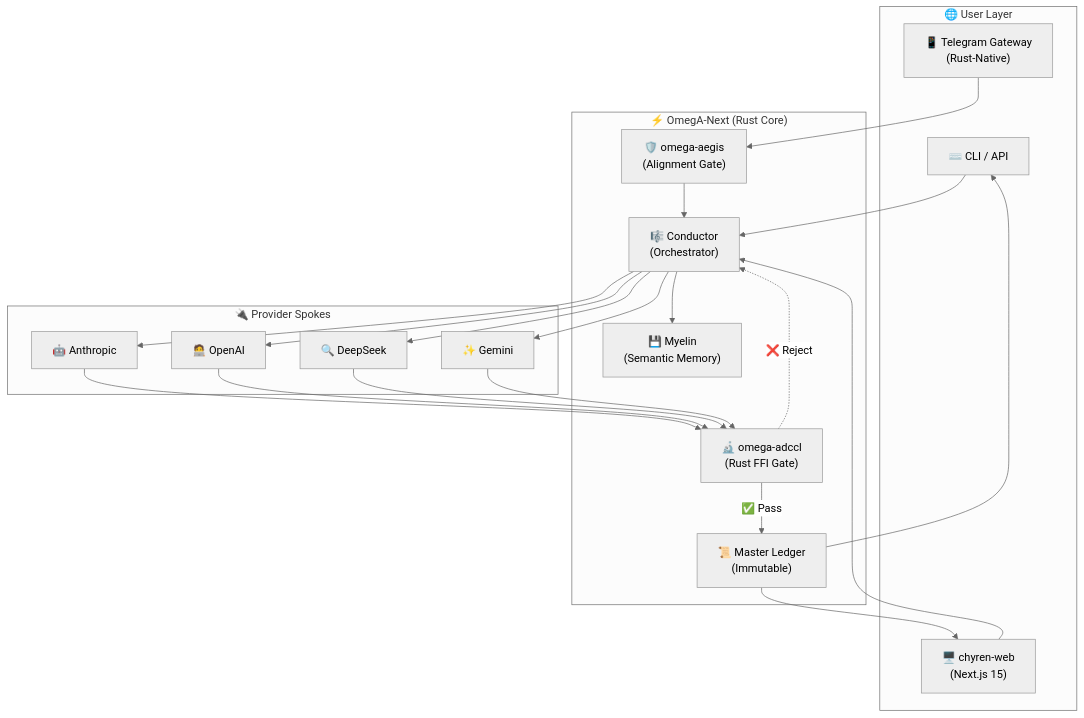
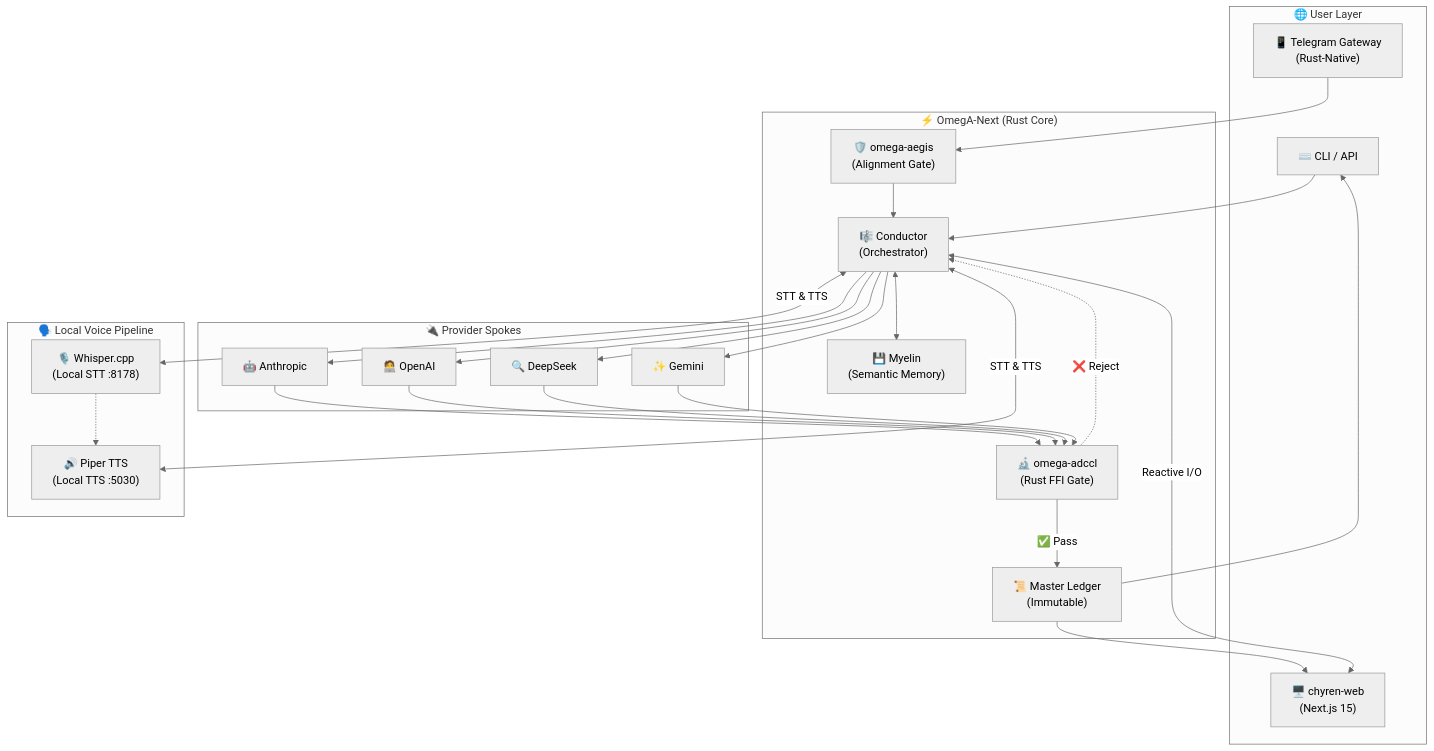
The diagram in README.md (Mega-Therion/Chyren), drawn with Mermaid (neutral theme) before and after one commit.

Commit message:
docs: update architecture diagram to include Phase 3 Voice Pipeline

````diff
--- a/README.md
+++ b/README.md
@@ -55,45 +55,54 @@
 ```mermaid
 graph TB
     subgraph "🌐 User Layer"
         CLI["⌨️ CLI / API"]
         WEB["🖥️ chyren-web<br/>(Next.js 15)"]
         TG["📱 Telegram Gateway<br/>(Rust-Native)"]
     end
     
     subgraph "⚡ OmegA-Next (Rust Core)"
         CONDUCTOR["🎼 Conductor<br/>(Orchestrator)"]
         LEDGER["📜 Master Ledger<br/>(Immutable)"]
         ADCCL["🔬 omega-adccl<br/>(Rust FFI Gate)"]
         AEGIS["🛡️ omega-aegis<br/>(Alignment Gate)"]
         MYELIN["💾 Myelin<br/>(Semantic Memory)"]
     end
     
+    subgraph "🗣️ Local Voice Pipeline"
+        STT["🎙️ Whisper.cpp<br/>(Local STT :8178)"]
+        TTS["🔊 Piper TTS<br/>(Local TTS :5030)"]
+    end
+    
     subgraph "🔌 Provider Spokes"
         ANTHROPIC["🤖 Anthropic"]
         OPENAI["🧑‍💻 OpenAI"]
         DEEPSEEK["🔍 DeepSeek"]
         GEMINI["✨ Gemini"]
     end
 
-    WEB --> CONDUCTOR
+    WEB <-->|Reactive I/O| CONDUCTOR
     CLI --> CONDUCTOR
     TG --> AEGIS
     AEGIS --> CONDUCTOR
     
-    CONDUCTOR --> MYELIN
+    CONDUCTOR <-->|STT & TTS| STT
+    CONDUCTOR <-->|STT & TTS| TTS
+    STT -.-> TTS
+    
+    CONDUCTOR <--> MYELIN
     CONDUCTOR --> ANTHROPIC
     CONDUCTOR --> OPENAI
     CONDUCTOR --> DEEPSEEK
     CONDUCTOR --> GEMINI
     
     ANTHROPIC --> ADCCL
     OPENAI --> ADCCL
     DEEPSEEK --> ADCCL
     GEMINI --> ADCCL
     
     ADCCL -->|"✅ Pass"| LEDGER
     ADCCL -.->|"❌ Reject"| CONDUCTOR
     
     LEDGER --> WEB
     LEDGER --> CLI
 ```
````
